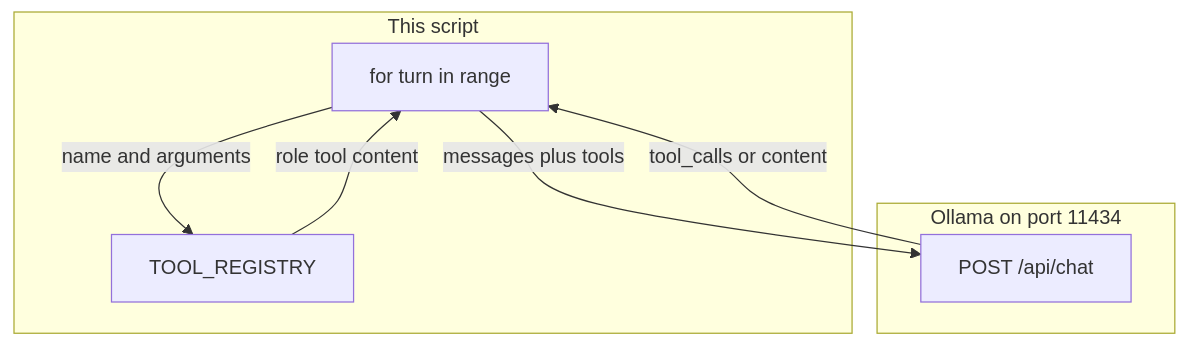
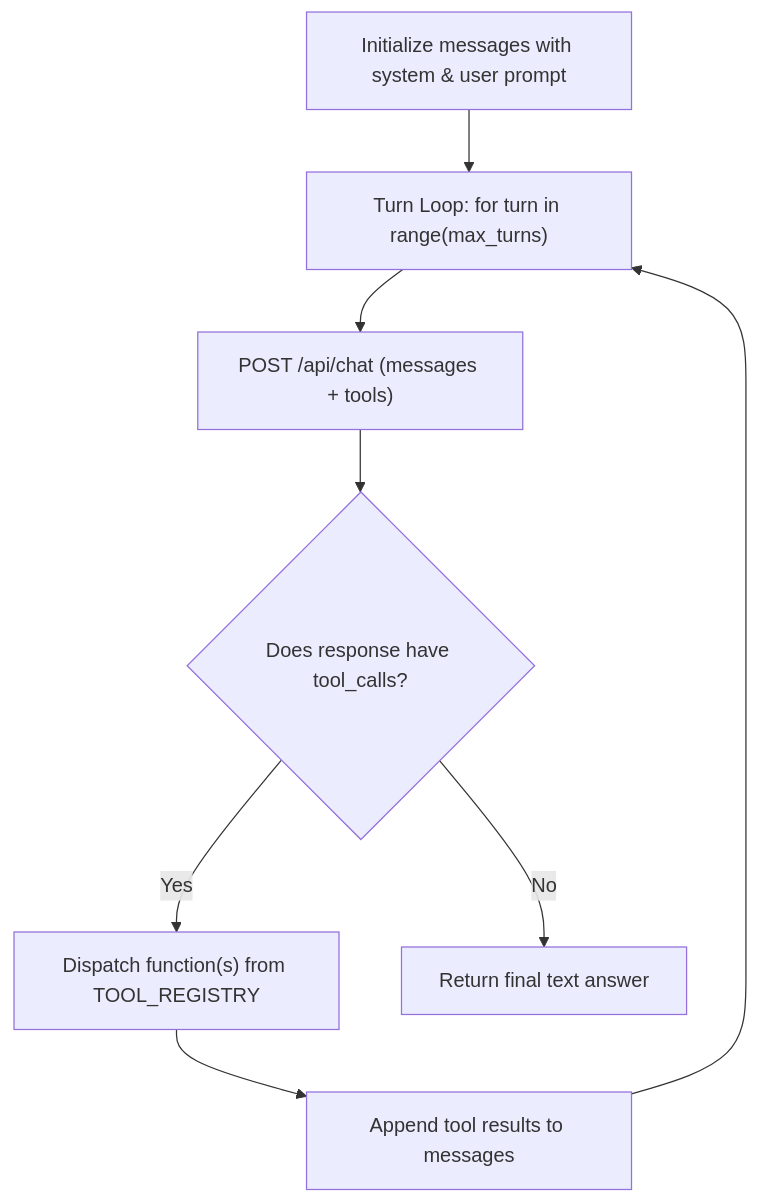
The diagram in education/04_the_loop/lab1_react_loop.md (jacobbweber/AgenticAI-Labs), drawn with Mermaid before and after one commit. The commit also changed other lines of this file and 123 other files, not shown here.

````diff
--- a/education/04_the_loop/lab1_react_loop.md
+++ b/education/04_the_loop/lab1_react_loop.md
@@ -16,14 +19,10 @@
 ```mermaid
 flowchart TD
-    subgraph lab1_react_script [This script]
-        LOOP["for turn in range"]
-        REG["TOOL_REGISTRY"]
-    end
-    subgraph lab1_react_host [Ollama on port 11434]
-        CHAT["POST /api/chat"]
-    end
-    LOOP -->|"messages plus tools"| CHAT
-    CHAT -->|"tool_calls or content"| LOOP
-    LOOP -->|"name and arguments"| REG
-    REG -->|"role tool content"| LOOP
+    A["Initialize messages with system & user prompt"] --> B["Turn Loop: for turn in range(max_turns)"]
+    B --> C["POST /api/chat (messages + tools)"]
+    C --> D{"Does response have tool_calls?"}
+    D -->|"Yes"| E["Dispatch function(s) from TOOL_REGISTRY"]
+    E --> F["Append tool results to messages"]
+    F --> B
+    D -->|"No"| G["Return final text answer"]
 ```
````
